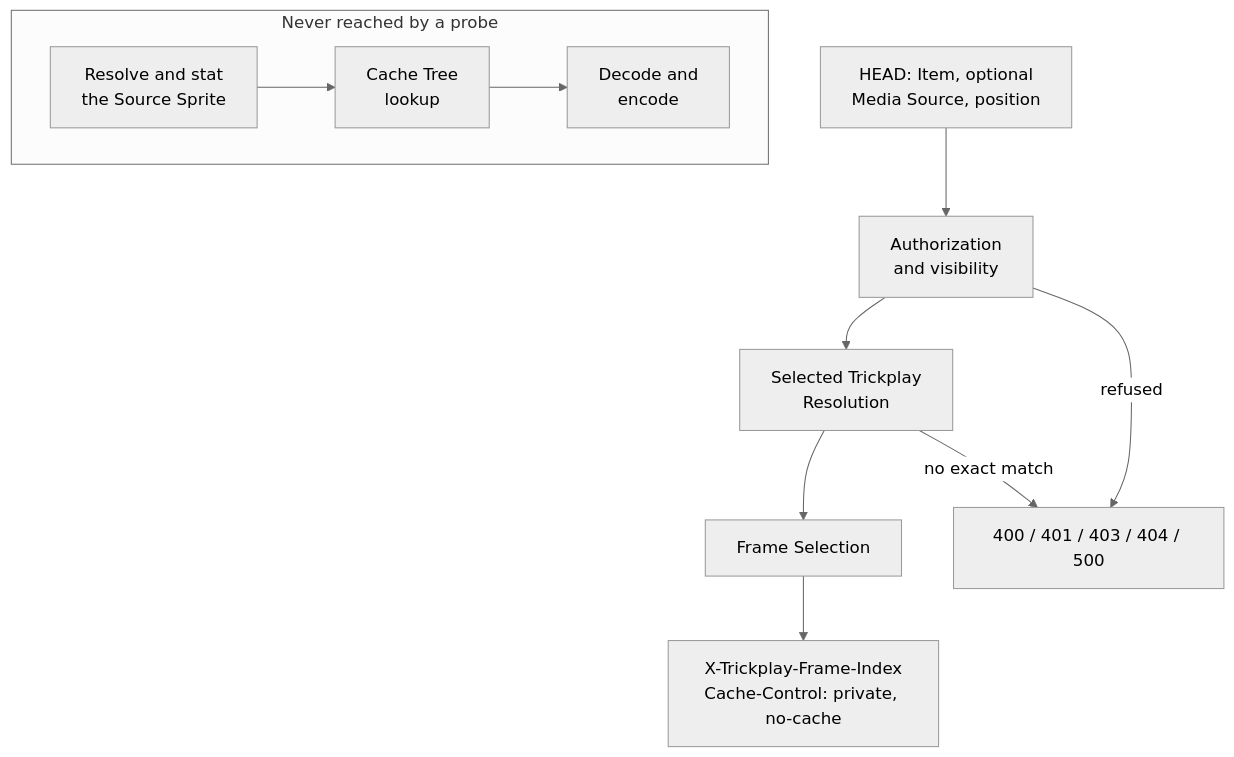
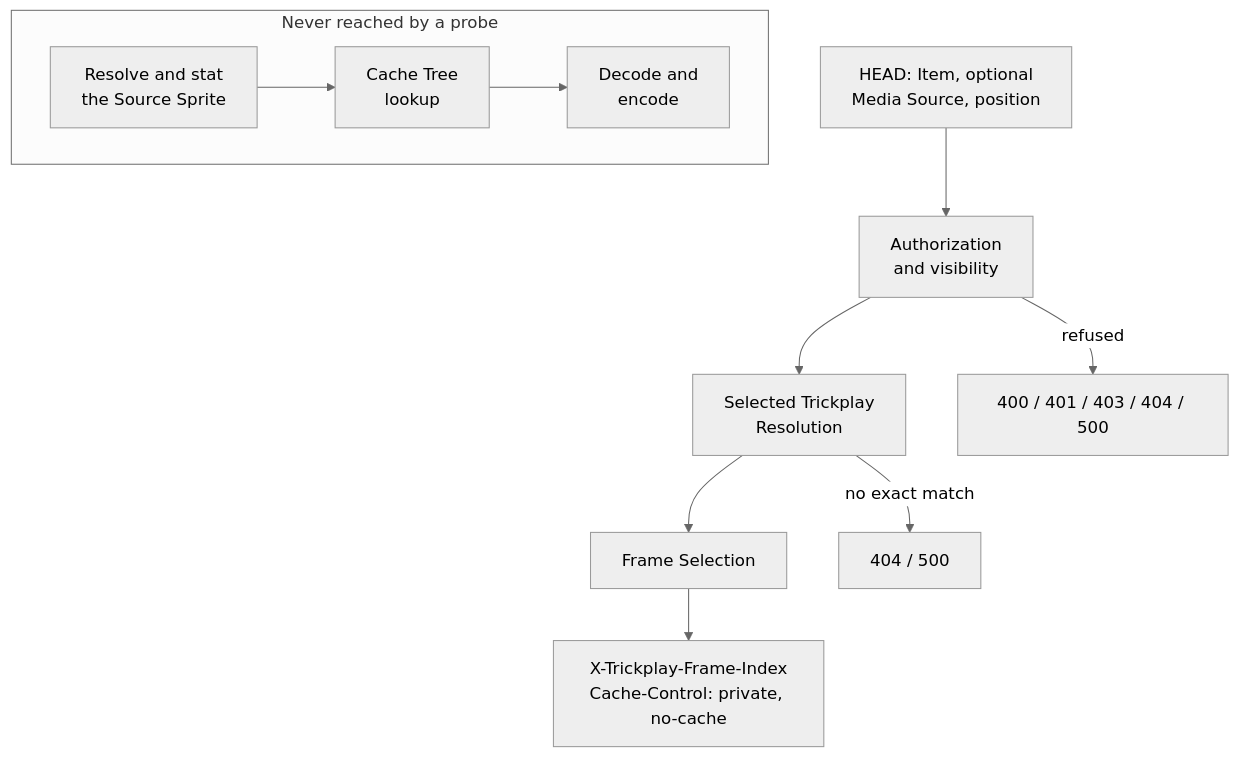
Before and after one commit to xiakeng/trickplay-cropper: the diagram in docs/business/lifecycle/frame-probe.md, drawn with Mermaid (neutral theme). The commit also changed other lines of this file and 10 other files, not shown here.

````diff
--- a/docs/business/lifecycle/frame-probe.md
+++ b/docs/business/lifecycle/frame-probe.md
@@ -59,18 +59,18 @@
 ```mermaid
 flowchart TD
     In["HEAD: Item, optional<br/>Media Source, position"] --> Auth["Authorization<br/>and visibility"]
     Auth --> Res["Selected Trickplay<br/>Resolution"]
     Res --> Sel["Frame Selection"]
     Sel --> Out["X-Trickplay-Frame-Index<br/>Cache-Control: private, no-cache"]
 
-    Auth -->|"refused"| Fail["400 / 401 / 403 / 404 / 500"]
-    Res -->|"no exact match"| Fail
+    Auth -->|"refused"| FailAuth["400 / 401 / 403 / 404 / 500"]
+    Res -->|"no exact match"| FailRes["404 / 500"]
 
     subgraph Unreachable["Never reached by a probe"]
         direction LR
         Sprite["Resolve and stat<br/>the Source Sprite"]
         Tree["Cache Tree<br/>lookup"]
         Enc["Decode and<br/>encode"]
         Sprite --> Tree --> Enc
     end
 ```
````
